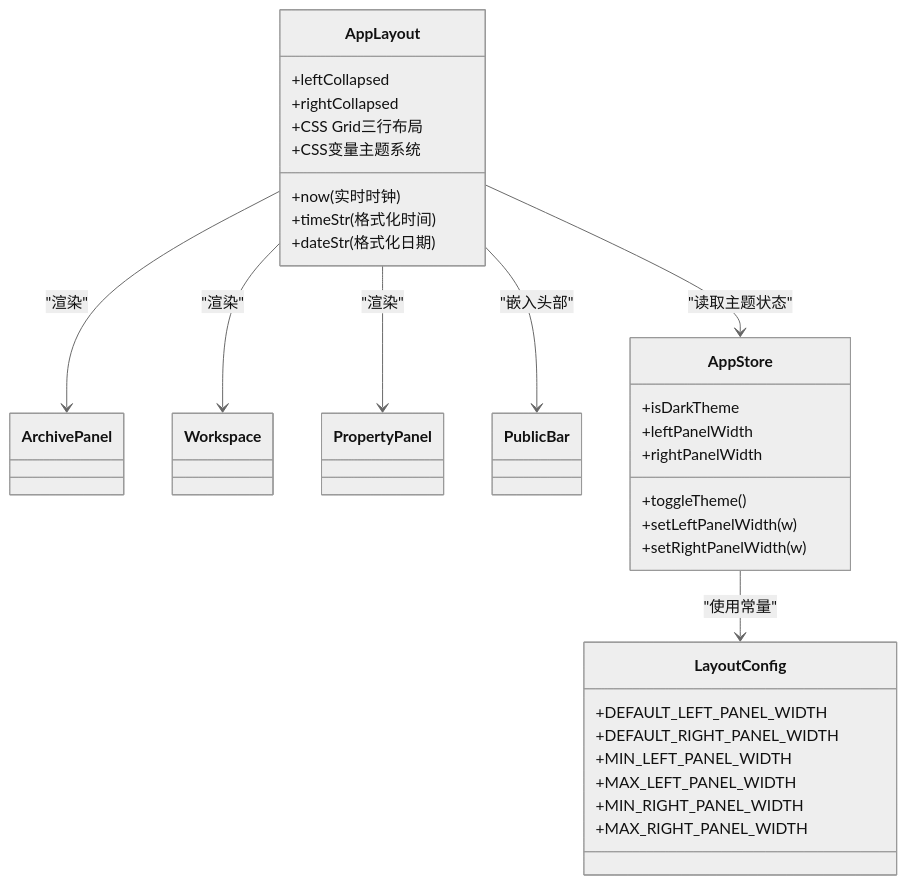
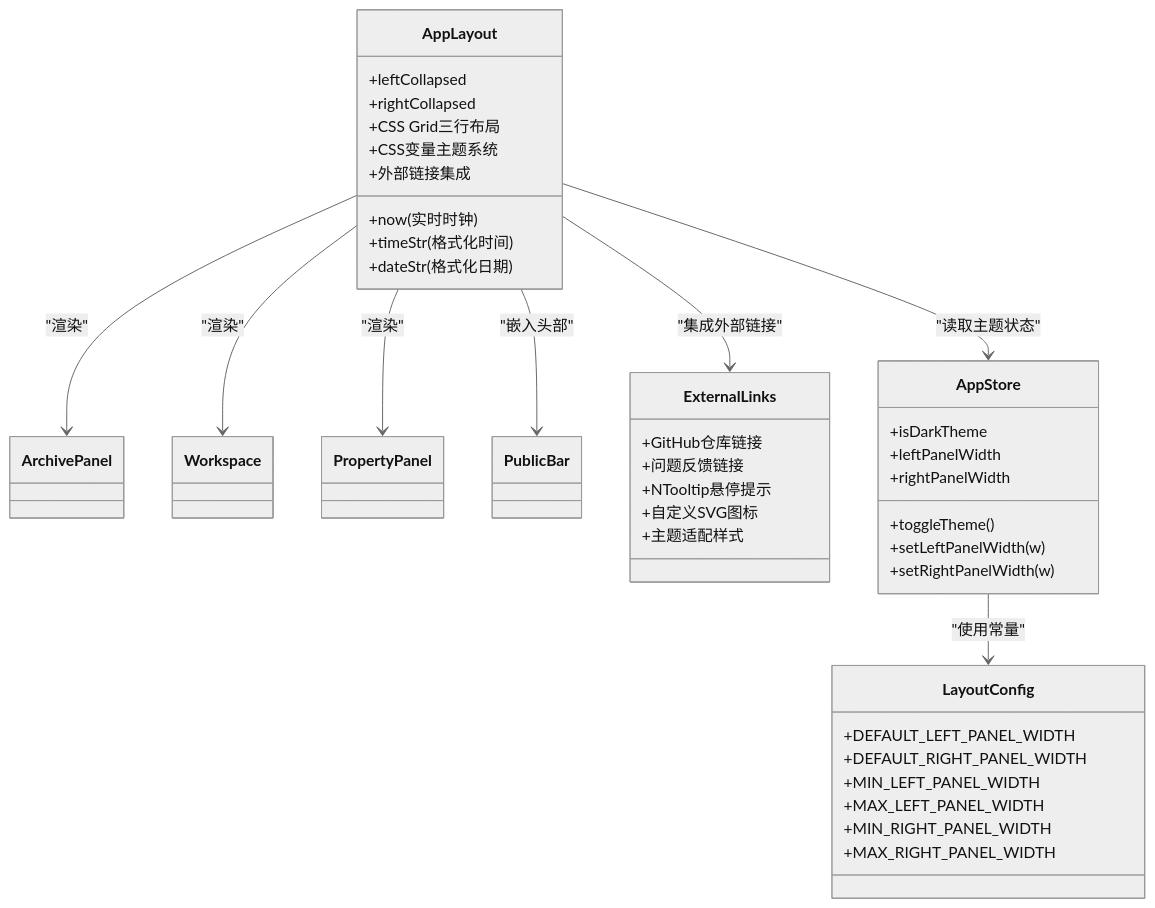
Before and after one commit to taoweidong/Hello-Tauri: the second of 5 diagrams in .qoder/repowiki/zh/content/用户界面/布局系统.md, drawn with Mermaid (neutral theme). The commit also changed other lines of this file and 14 other files, not shown here.

````diff
--- a/.qoder/repowiki/zh/content/用户界面/布局系统.md
+++ b/.qoder/repowiki/zh/content/用户界面/布局系统.md
@@ -114,38 +118,47 @@
 ```mermaid
 classDiagram
 class AppLayout {
 +leftCollapsed
 +rightCollapsed
 +now (实时时钟)
 +timeStr (格式化时间)
 +dateStr (格式化日期)
 +CSS Grid三行布局
 +CSS变量主题系统
++外部链接集成
 }
 class ArchivePanel
 class Workspace
 class PropertyPanel
 class PublicBar
+class ExternalLinks {
++GitHub仓库链接
++问题反馈链接
++NTooltip悬停提示
++自定义SVG图标
++主题适配样式
+}
 class AppStore {
 +isDarkTheme
 +leftPanelWidth
 +rightPanelWidth
 +toggleTheme()
 +setLeftPanelWidth(w)
 +setRightPanelWidth(w)
 }
 class LayoutConfig {
 +DEFAULT_LEFT_PANEL_WIDTH
 +DEFAULT_RIGHT_PANEL_WIDTH
 +MIN_LEFT_PANEL_WIDTH
 +MAX_LEFT_PANEL_WIDTH
 +MIN_RIGHT_PANEL_WIDTH
 +MAX_RIGHT_PANEL_WIDTH
 }
 AppLayout --> ArchivePanel : "渲染"
 AppLayout --> Workspace : "渲染"
 AppLayout --> PropertyPanel : "渲染"
 AppLayout --> PublicBar : "嵌入头部"
+AppLayout --> ExternalLinks : "集成外部链接"
 AppLayout --> AppStore : "读取主题状态"
 AppStore --> LayoutConfig : "使用常量"
 ```
````
